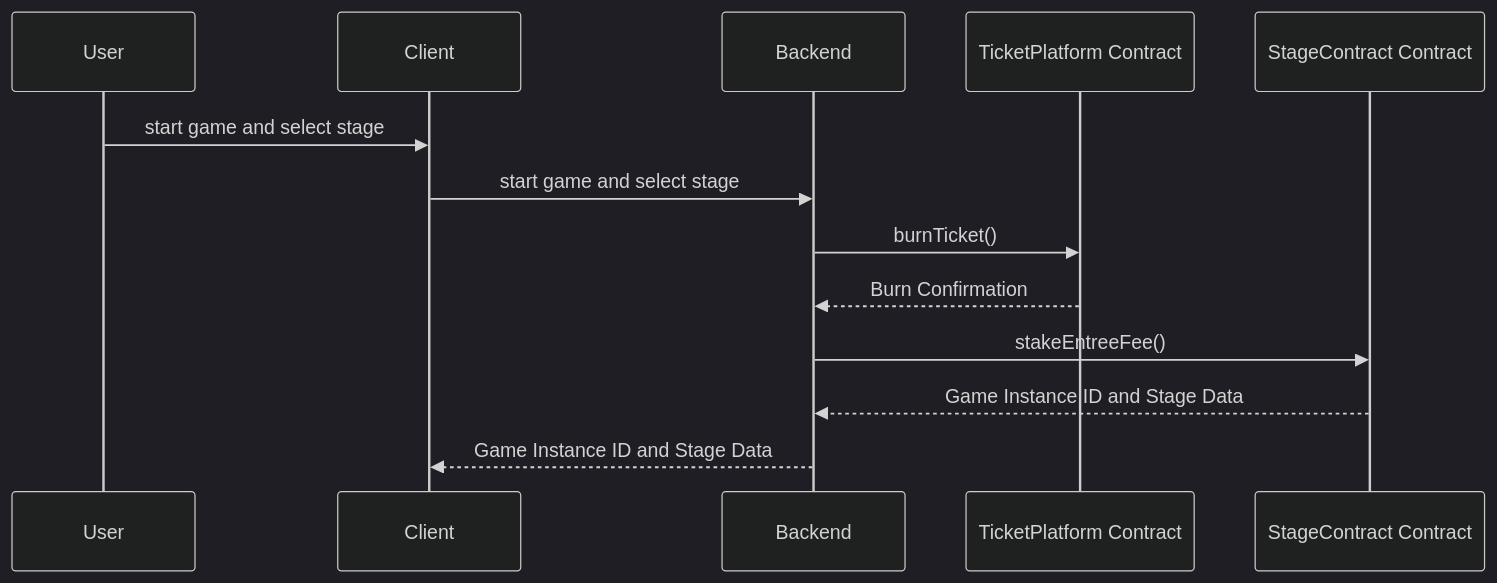
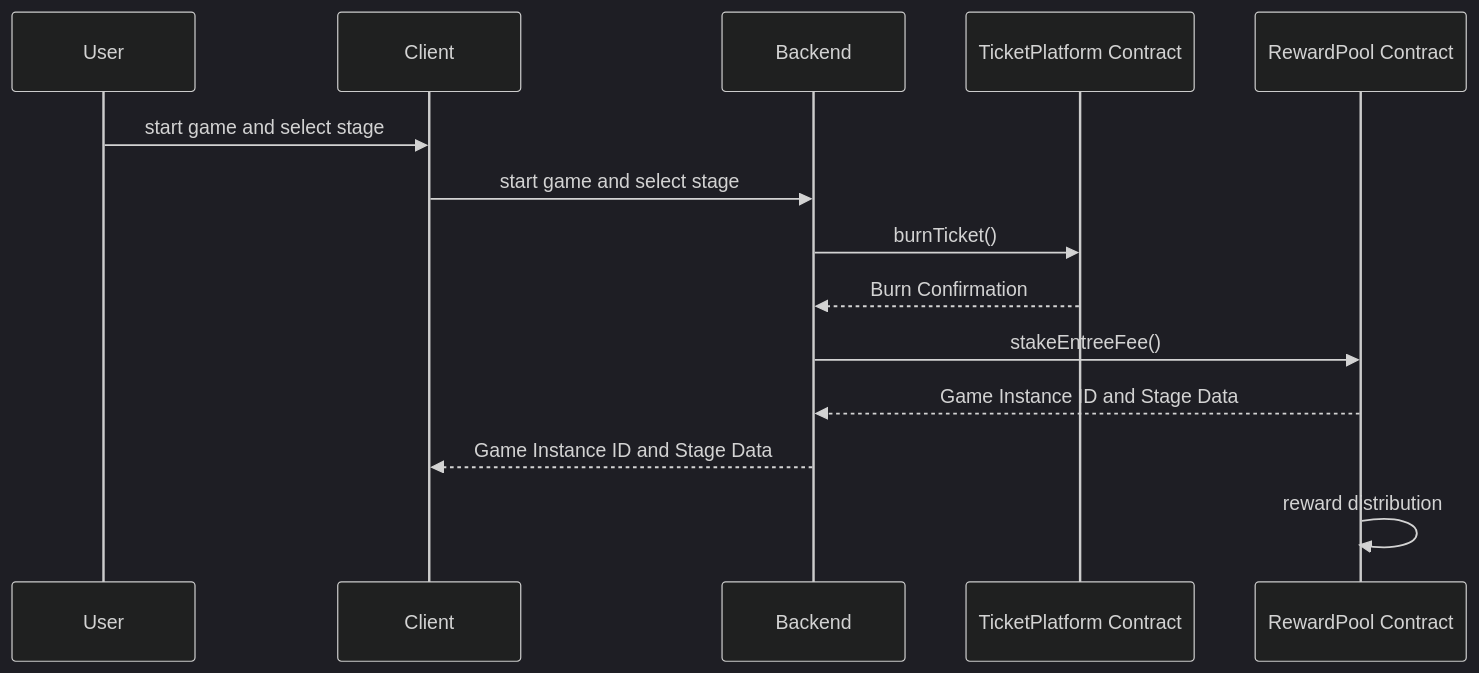
The third of 5 diagrams in mermaid/contract_dat_flow.md (monaou/oasis2023-phasser), drawn with Mermaid (dark theme) before and after one commit. The commit also changed other lines of this file and 1 other file, not shown here.

Commit message:
fix : contract bug

````diff
--- a/mermaid/contract_dat_flow.md
+++ b/mermaid/contract_dat_flow.md
@@ -34,17 +34,18 @@
 ```mermaid
 sequenceDiagram
     participant A as User
     participant B as Client
     participant C as Backend
     participant E1 as TicketPlatform Contract
-    participant E2 as StageContract Contract
+    participant E2 as RewardPool Contract
     
     A ->> B: start game and select stage
     B ->> C: start game and select stage
     C ->> E1: burnTicket()
     E1 -->> C: Burn Confirmation
     C ->> E2: stakeEntreeFee()
     E2 -->> C: Game Instance ID and Stage Data
     C -->> B: Game Instance ID and Stage Data
+    E2 ->> E2: reward distribution
 
 ```
````
